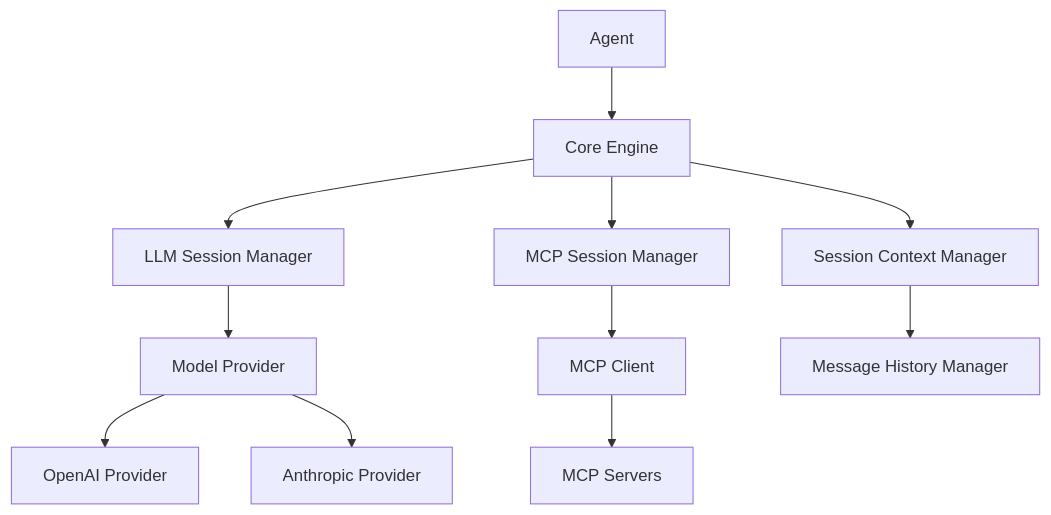
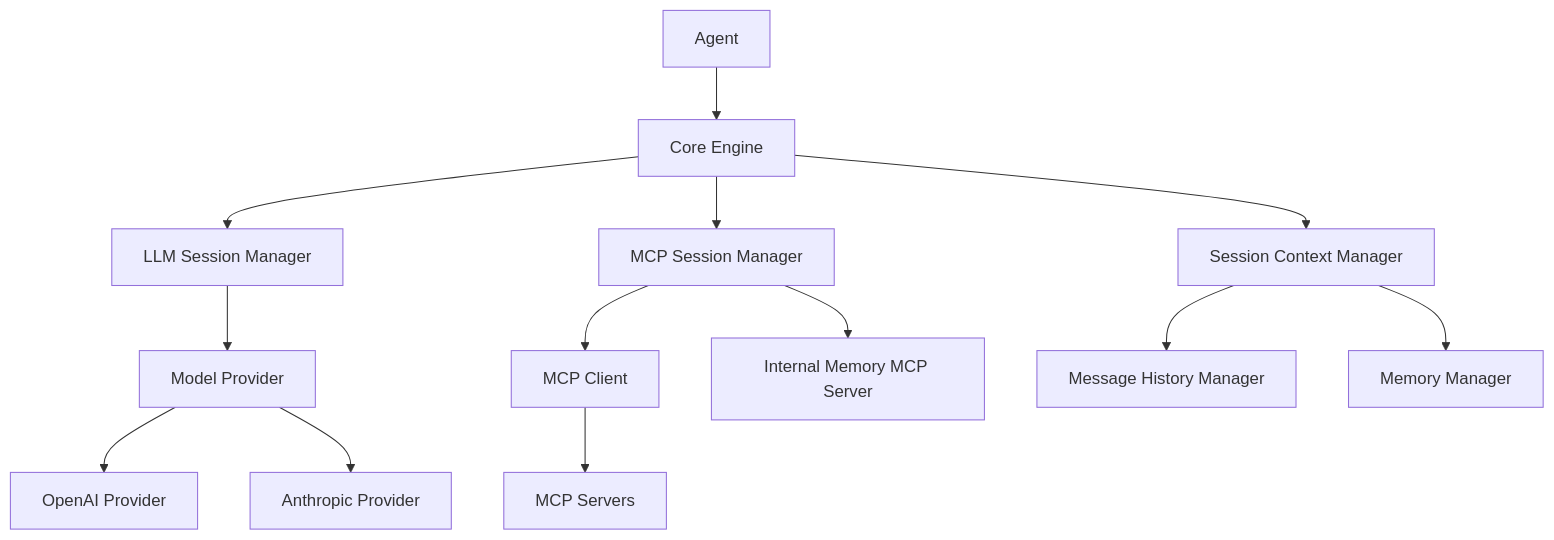
One commit to yarnovo/AgenticZero changed the second of 4 diagrams in src/agent/ARCHITECTURE.md. Above: the diagram before and after it, drawn with Mermaid. The commit also changed other lines of this file and 16 other files, not shown here.

````diff
--- a/src/agent/ARCHITECTURE.md
+++ b/src/agent/ARCHITECTURE.md
@@ -64,17 +66,19 @@
 ```mermaid
 graph TD
     Agent[Agent] --> CoreEngine[Core Engine]
     
     CoreEngine --> LLMSessionManager[LLM Session Manager]
     CoreEngine --> MCPSessionManager[MCP Session Manager]
     CoreEngine --> SessionContextManager[Session Context Manager]
     
     LLMSessionManager --> ModelProvider[Model Provider]
     MCPSessionManager --> MCPClient[MCP Client]
     SessionContextManager --> MessageHistoryManager[Message History Manager]
+    SessionContextManager --> MemoryManager[Memory Manager]
     
     ModelProvider --> OpenAI[OpenAI Provider]
     ModelProvider --> Anthropic[Anthropic Provider]
     
     MCPClient --> MCPServers[MCP Servers]
+    MCPSessionManager --> InternalMemoryServer[Internal Memory MCP Server]
 ```
````
